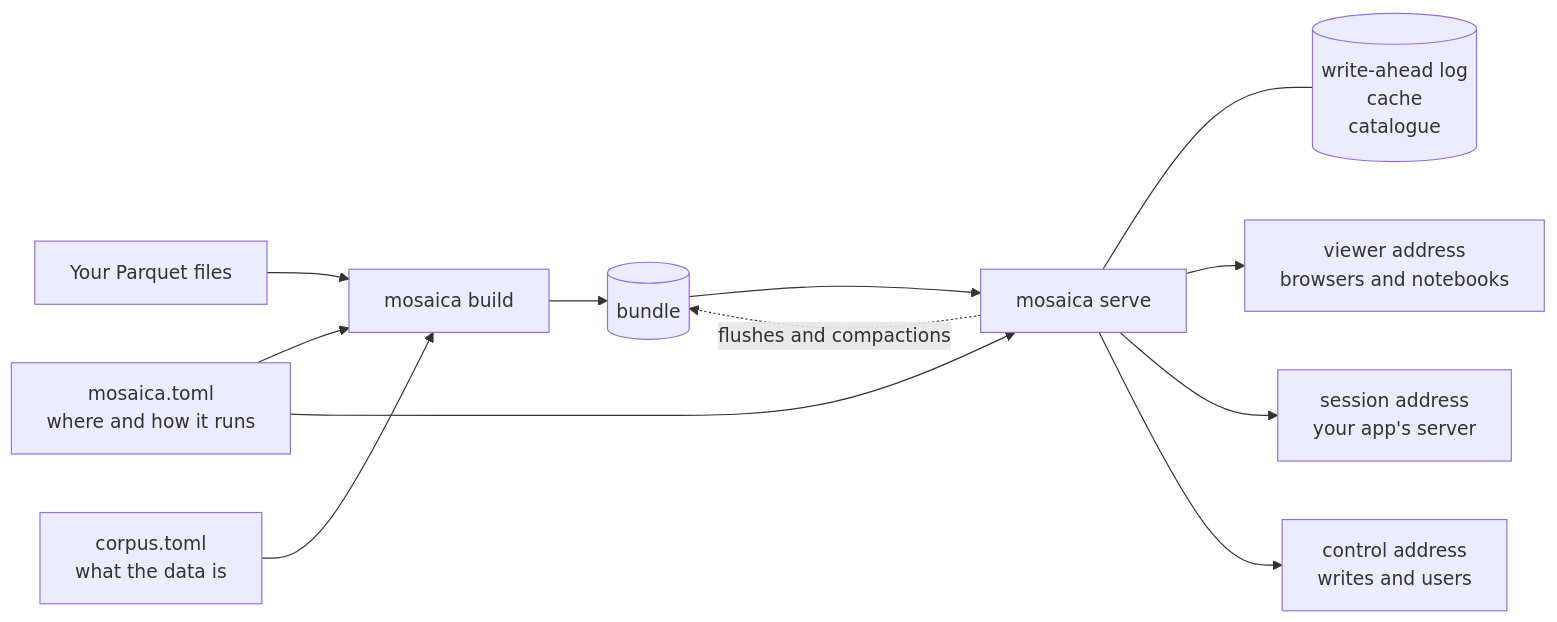
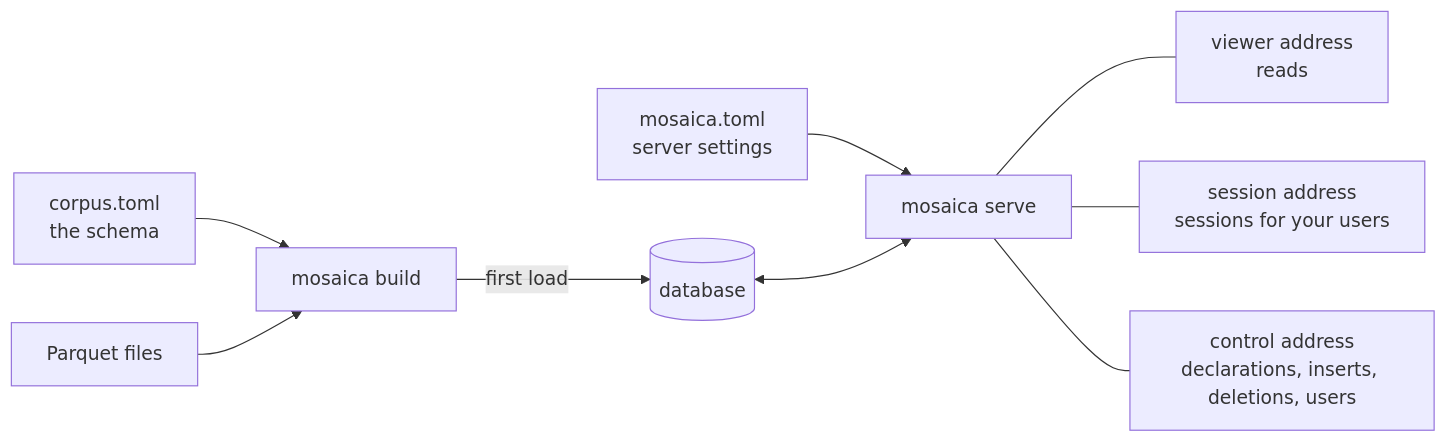
The diagram in docs/start/install.md (mosaicadb/mosaica), drawn with Mermaid before and after one commit. The commit also changed other lines of this file, not shown here.

Commit message:
Install: the schema and the server's settings, and a build as the first load into the one database

````diff
--- a/docs/start/install.md
+++ b/docs/start/install.md
@@ -54,14 +54,11 @@
 ```mermaid
 flowchart LR
-  sources["Your Parquet files"] --> build
-  corpus["corpus.toml<br/>what the data is"] --> build["mosaica build"]
-  deployment["mosaica.toml<br/>where and how it runs"] --> build
-  build --> bundle[("bundle")]
-  deployment --> serve["mosaica serve"]
-  bundle --> serve
-  serve -.->|flushes and compactions| bundle
-  serve --- disc[("write-ahead log<br/>cache<br/>catalogue")]
-  serve --> viewer["viewer address<br/>browsers and notebooks"]
-  serve --> session["session address<br/>your app's server"]
-  serve --> control["control address<br/>writes and users"]
+  schema["corpus.toml<br/>the schema"] --> build["mosaica build"]
+  files["Parquet files"] --> build
+  build -->|first load| db[("database")]
+  settings["mosaica.toml<br/>server settings"] --> serve["mosaica serve"]
+  db <--> serve
+  serve --- viewer["viewer address<br/>reads"]
+  serve --- session["session address<br/>sessions for your users"]
+  serve --- control["control address<br/>declarations, inserts, deletions, users"]
 ```
````
